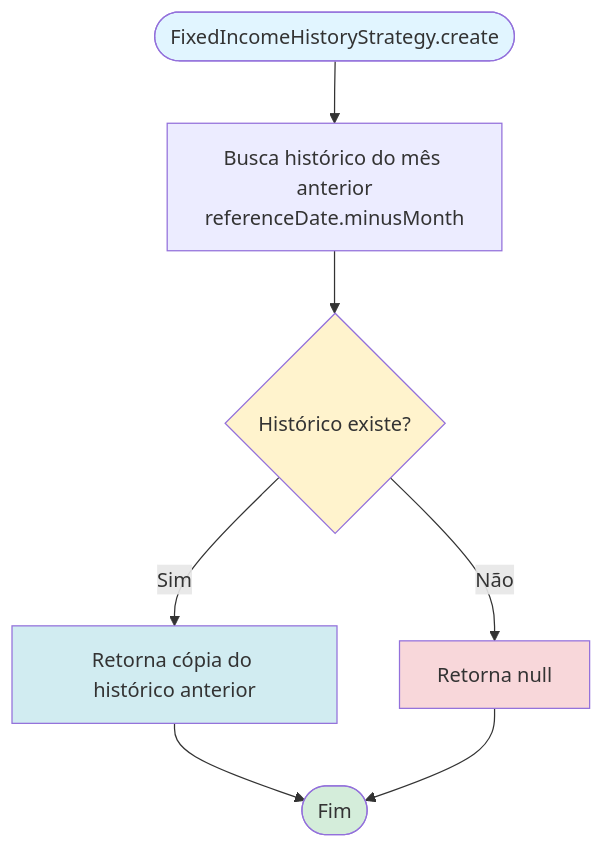
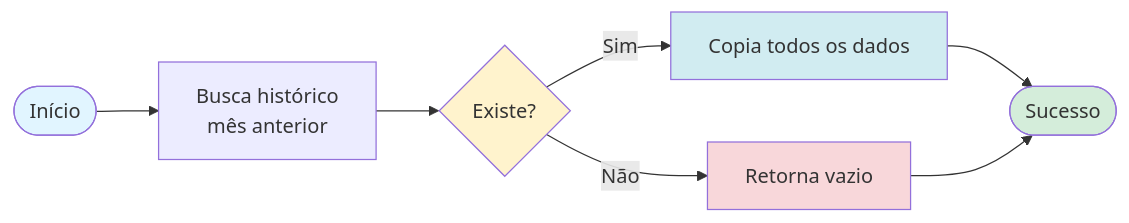
Before and after one commit to enirsilvaferraz/Investments-KMP: the second of 3 diagrams in docs/RN - Criar novo registro de histórico.md, drawn with Mermaid. The commit also changed other lines of this file, not shown here.

First line of the commit message:
docs: Refactor and simplify history creation documentation

````diff
--- a/docs/RN - Criar novo registro de histórico.md
+++ b/docs/RN - Criar novo registro de histórico.md
@@ -310,15 +69,15 @@
 ```mermaid
-flowchart TD
-    Start([FixedIncomeHistoryStrategy.create]) --> GetPrevious[Busca histórico do mês anterior<br/>referenceDate.minusMonth]
-    GetPrevious --> HasPrevious{Histórico existe?}
-    HasPrevious -->|Sim| ReturnCopy[Retorna cópia do histórico anterior]
-    HasPrevious -->|Não| ReturnNull[Retorna null]
-    ReturnCopy --> End([Fim])
-    ReturnNull --> End
+flowchart LR
+    Start([Início]) --> Get[Busca histórico<br/>mês anterior]
+    Get --> Exists{Existe?}
+    Exists -->|Sim| Copy[Copia todos os dados]
+    Exists -->|Não| Fail[Retorna vazio]
+    Copy --> Success([Sucesso])
+    Fail --> Success
     
     style Start fill:#e1f5ff
-    style End fill:#d4edda
-    style HasPrevious fill:#fff3cd
-    style ReturnCopy fill:#d1ecf1
-    style ReturnNull fill:#f8d7da
+    style Success fill:#d4edda
+    style Exists fill:#fff3cd
+    style Copy fill:#d1ecf1
+    style Fail fill:#f8d7da
 ```
````
